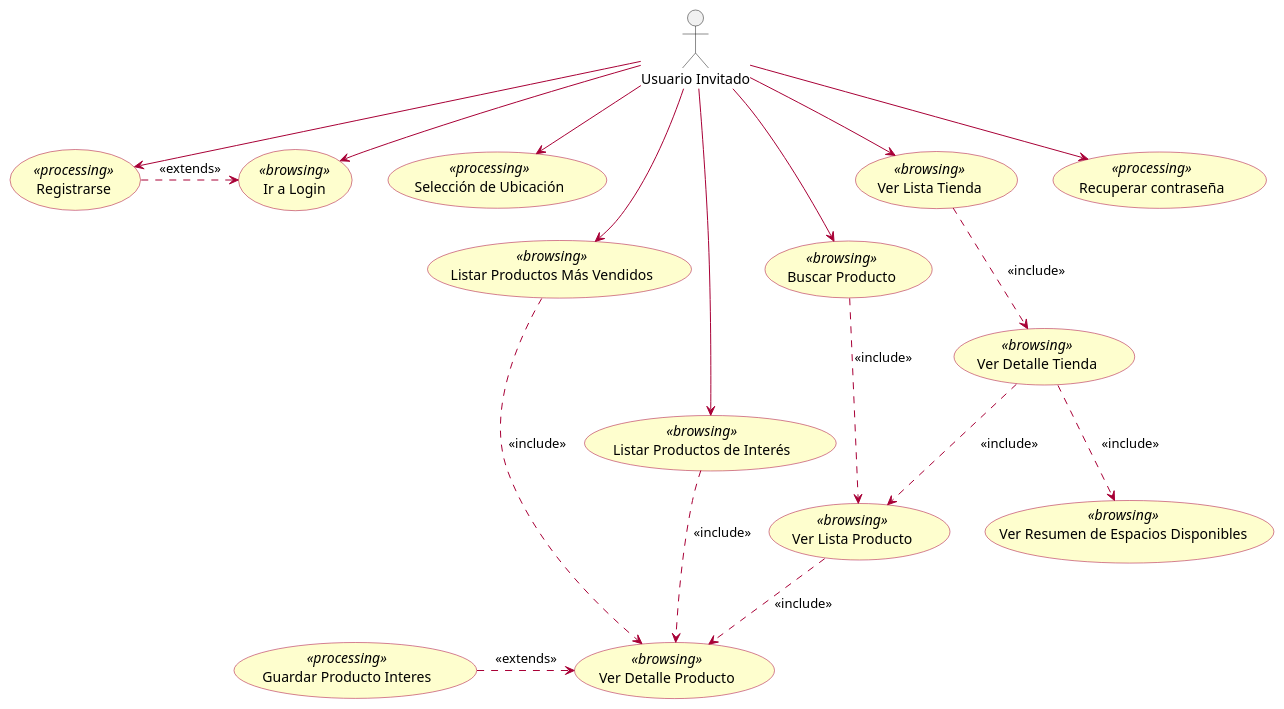
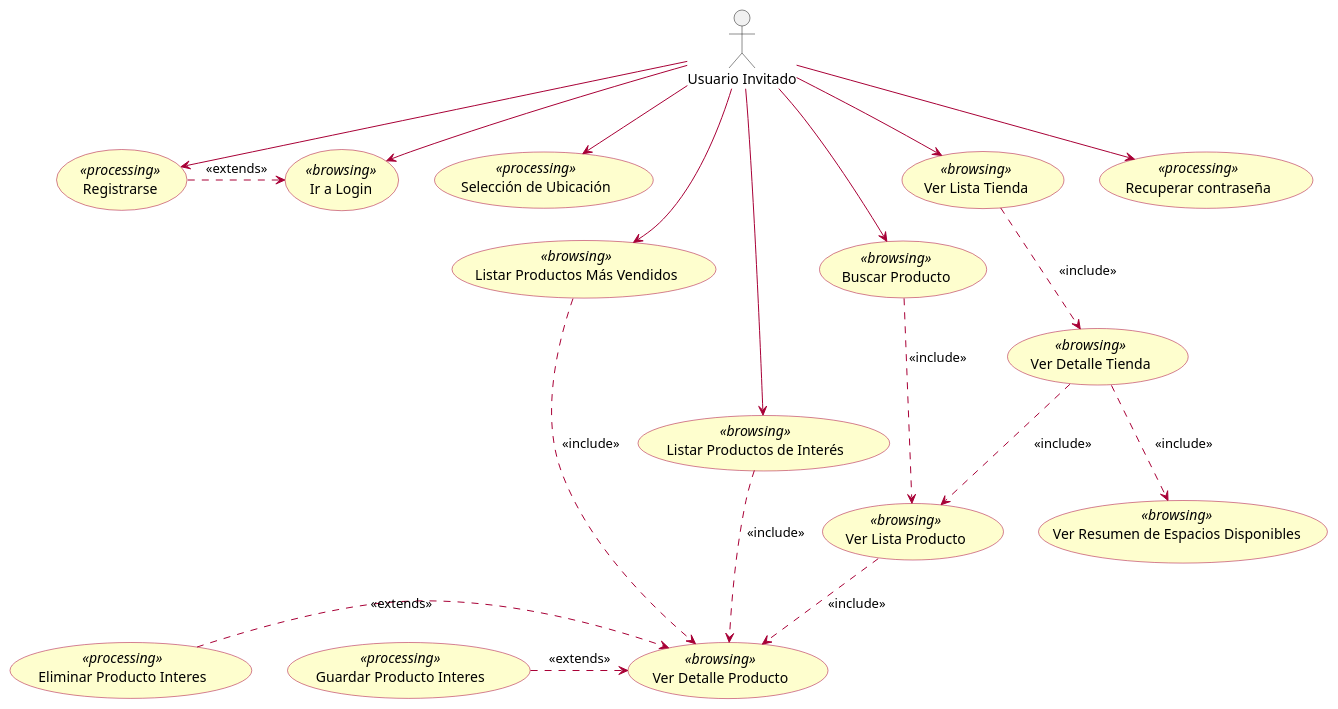
The diagram in Requirements Model/UseCases/guest_user_usecases.puml (AtomicDevelopers/UWE-Tienda-Colectiva), drawn with PlantUML before and after one commit. The commit also changed 1 other file, not shown here.

Commit message:
Feat: mejora actividad y caso de uso: listar producto de interes

```diff
--- a/Requirements Model/UseCases/guest_user_usecases.puml
+++ b/Requirements Model/UseCases/guest_user_usecases.puml
@@ -1,85 +1,86 @@
 @startuml
 allow_mixing
 
 skinparam shadow false
 skinparam roundCorner 15
 skinparam class {
   BackgroundColor #FEFECE
   BorderColor #A80036
   ArrowColor #A80036
 }
 skinparam usecase {
   BackgroundColor #FEFECE
   BorderColor #A80036
   ArrowColor #A80036
 }
 
 actor "Usuario Invitado" as AnonUser
 
 ' 1. Selección de ubicación
 usecase "Selección de Ubicación" as SelectLocation <<processing>>
 
 ' a. Ir a login -> i. Registrarse
 usecase "Ir a Login" as GoToLogin <<browsing>>
 usecase "Registrarse" as Register <<processing>>
 
 ' b, d, e. Flujos que llevan a Lista de Productos
 usecase "Listar Productos Más Vendidos" as ViewMostSold <<browsing>>
 usecase "Buscar Producto" as SearchProduct <<browsing>>
 usecase "Listar Productos de Interés" as InterestProduct <<browsing>>
 usecase "Ver Lista Tienda" as ViewStoreList <<browsing>>
 
 ' Sub-casos reutilizables
 usecase "Ver Lista Producto" as ViewProductList <<browsing>>
 usecase "Ver Detalle Producto" as ViewProductDetail <<browsing>>
 usecase "Guardar Producto Interes" as SaveInterestProduct <<processing>>
-
+usecase "Eliminar Producto Interes" as DeleteInterestProduct <<processing>>
 
 usecase "Ver Detalle Tienda" as ViewStoreDetail <<browsing>>
 usecase "Ver Resumen de Espacios Disponibles" as ViewSpaceList <<browsing>>
 usecase "Recuperar contraseña" as Recover<<processing>>
 
 ' Relaciones
 
 ' 1. Ubicación
 AnonUser --> SelectLocation
 
 ' a. Login
 AnonUser --> GoToLogin
 Register .> GoToLogin : <<extends>>
 AnonUser --> Register
 ' Nota: Registrarse extiende la funcionalidad de Login (opción adicional)
 
 AnonUser --> Recover
 
 ' d. Producto de interés -> Lista -> Guardar
 AnonUser --> InterestProduct
 InterestProduct ..> ViewProductDetail : <<include>>
 
 ' b. Producto más vendido -> Lista -> Detalle -> Guardar
 AnonUser --> ViewMostSold
 ViewMostSold ..> ViewProductDetail : <<include>>
 ViewProductList ..> ViewProductDetail : <<include>>
 SaveInterestProduct .> ViewProductDetail : <<extends>>
+DeleteInterestProduct .> ViewProductDetail : <<extends>>
 
 
 
 
 ' c. Buscar producto -> Lista -> Guardar
 AnonUser --> SearchProduct
 SearchProduct ..> ViewProductList : <<include>>
 
 
 
 
 ' e. Ver lista tienda -> Detalle tienda -> Resumen de Espacios / Lista Productos
 AnonUser --> ViewStoreList
 ViewStoreList ..> ViewStoreDetail : <<include>>
 
 ' Detalle tienda tiene dos ramas:
 ViewStoreDetail ..> ViewSpaceList : <<include>>
 ViewStoreDetail ..> ViewProductList : <<include>>
 
 
 
 @enduml
```
